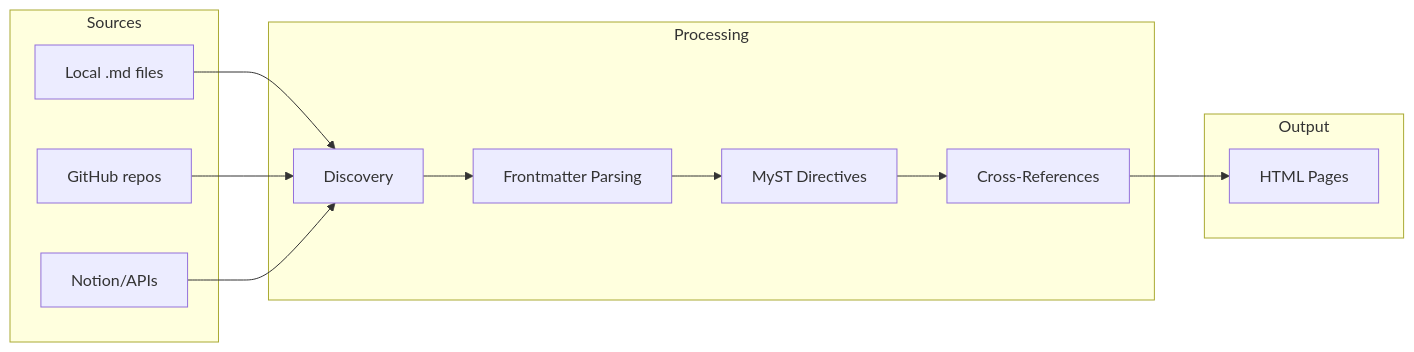
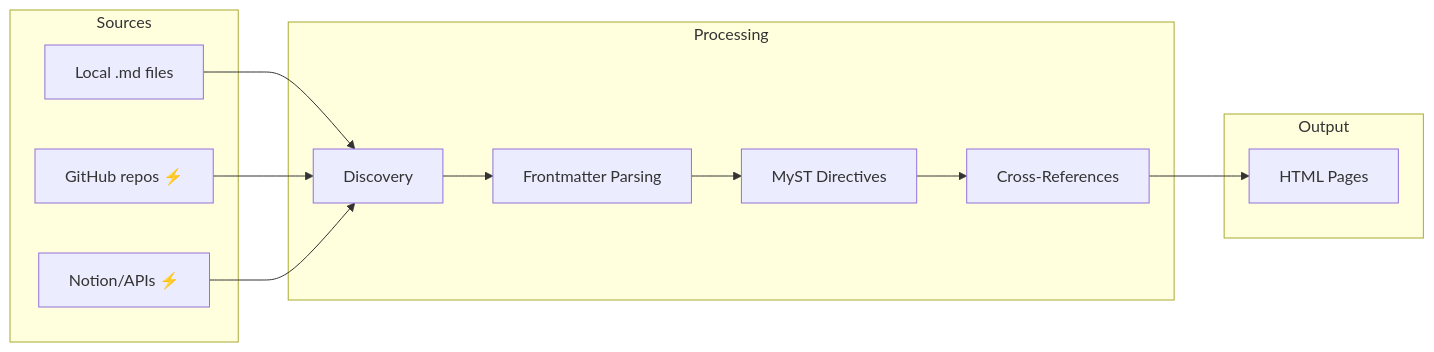
Before and after one commit to lbliii/bengal: the diagram in site/content/docs/content/_index.md, drawn with Mermaid. The commit also changed other lines of this file and 3 other files, not shown here.

````diff
--- a/site/content/docs/content/_index.md
+++ b/site/content/docs/content/_index.md
@@ -23,27 +23,27 @@
 ```mermaid
 flowchart LR
     subgraph Sources
         A[Local .md files]
-        B[GitHub repos]
-        C[Notion/APIs]
+        B[GitHub repos ⚡]
+        C[Notion/APIs ⚡]
     end
 
     subgraph Processing
         D[Discovery]
         E[Frontmatter Parsing]
         F[MyST Directives]
         G[Cross-References]
     end
 
     subgraph Output
         H[HTML Pages]
     end
 
     A --> D
     B --> D
     C --> D
     D --> E
     E --> F
     F --> G
     G --> H
 ```
````
